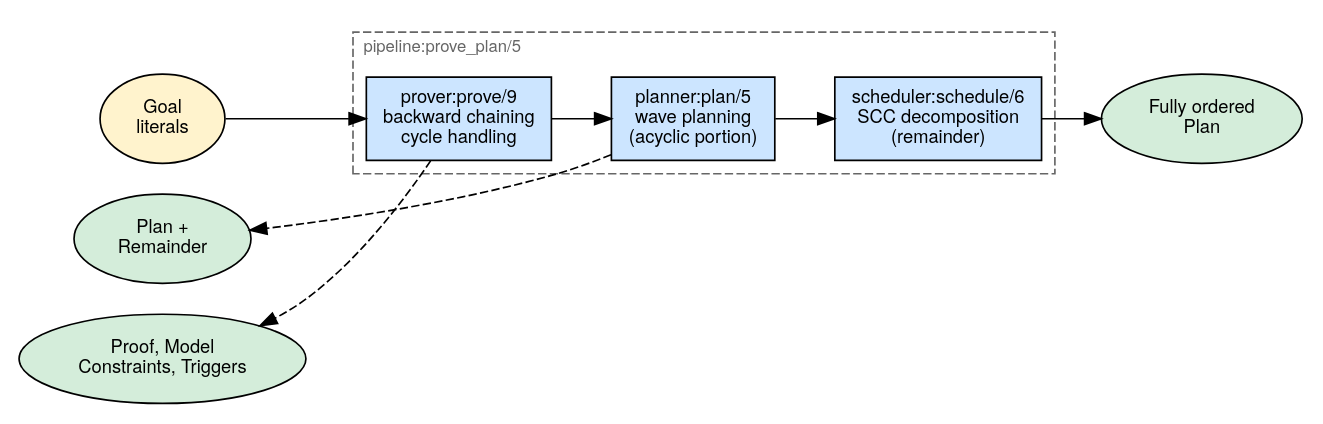
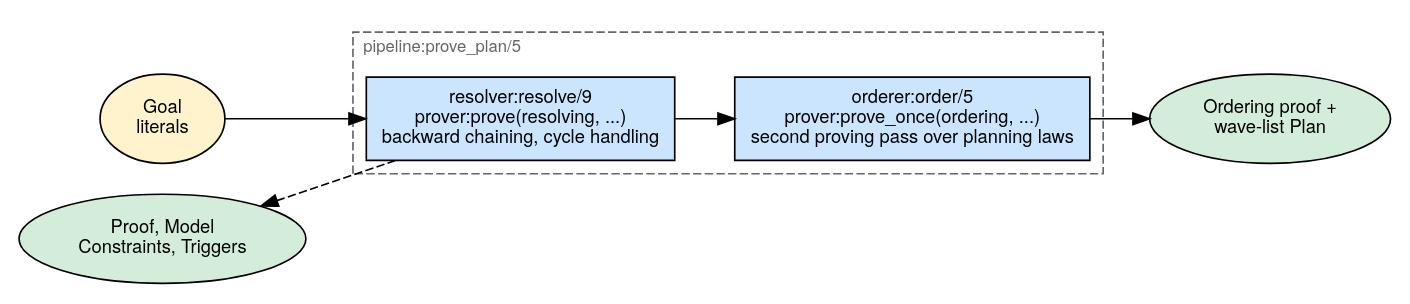
One commit to pvdabeel/prolog changed the diagram in Documentation/Handbook/Diagrams/08-prove-plan.dot. Above: the diagram before and after it, drawn with Graphviz. The commit also changed 83 other files, not shown here.

```diff
--- a/Documentation/Handbook/Diagrams/08-prove-plan.dot
+++ b/Documentation/Handbook/Diagrams/08-prove-plan.dot
@@ -1,41 +1,38 @@
 // Chapter 8 — prove_plan/5 entry point pipeline
 // Render: dot -Tsvg 08-prove-plan.dot -o 08-prove-plan.svg
 
 digraph prove_plan {
     rankdir=LR;
     fontname="Helvetica Neue";
     fontsize=12;
     node [fontname="Helvetica Neue", fontsize=11, style=filled, shape=box, margin="0.15,0.10"];
     edge [fontname="Helvetica Neue", fontsize=10];
     nodesep=0.25;
     ranksep=0.50;
 
     // Input
     goals [label="Goal\nliterals", shape=ellipse, fillcolor="#FFF3CD"];
 
     // Stages
-    prove [label="prover:prove/9\nbackward chaining\ncycle handling", fillcolor="#cce5ff"];
-    plan  [label="planner:plan/5\nwave planning\n(acyclic portion)", fillcolor="#cce5ff"];
-    sched [label="scheduler:schedule/6\nSCC decomposition\n(remainder)", fillcolor="#cce5ff"];
+    prove [label="resolver:resolve/9\nprover:prove(resolving, ...)\nbackward chaining, cycle handling", fillcolor="#cce5ff"];
+    order [label="orderer:order/5\nprover:prove_once(ordering, ...)\nsecond proving pass over planning laws", fillcolor="#cce5ff"];
 
     // Outputs
     proof_model [label="Proof, Model\nConstraints, Triggers", shape=ellipse, fillcolor="#d4edda"];
-    plan_out    [label="Plan +\nRemainder", shape=ellipse, fillcolor="#d4edda"];
-    final_plan  [label="Fully ordered\nPlan", shape=ellipse, fillcolor="#d4edda"];
+    final_plan  [label="Ordering proof +\nwave-list Plan", shape=ellipse, fillcolor="#d4edda"];
 
     // Wrapper
     subgraph cluster_pipeline {
         label="pipeline:prove_plan/5";
         labeljust=l;
         style=dashed;
         color="#666666";
         fontcolor="#666666";
         fontsize=10;
-        prove -> plan -> sched;
+        prove -> order;
     }
 
     goals -> prove;
     prove -> proof_model [style=dashed, constraint=false];
-    plan -> plan_out [style=dashed, constraint=false];
-    sched -> final_plan;
+    order -> final_plan;
 }
```
